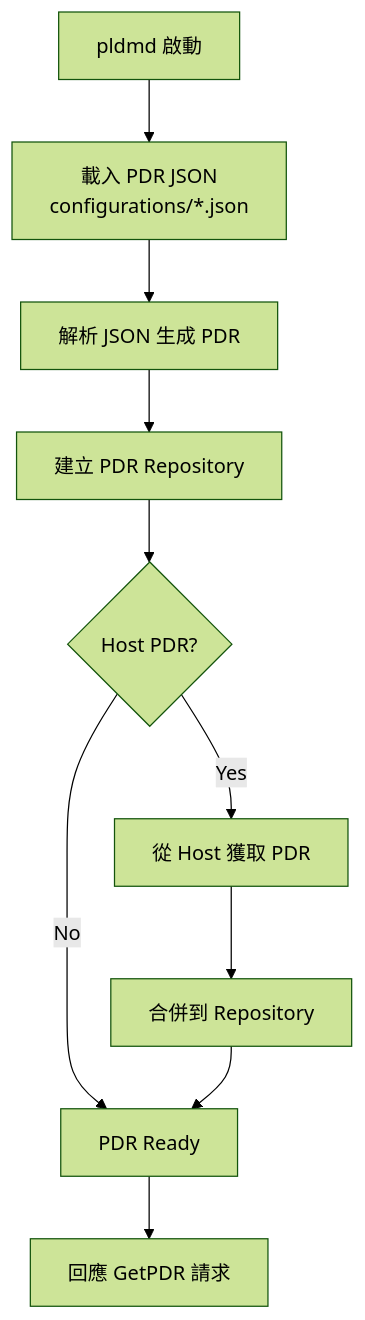
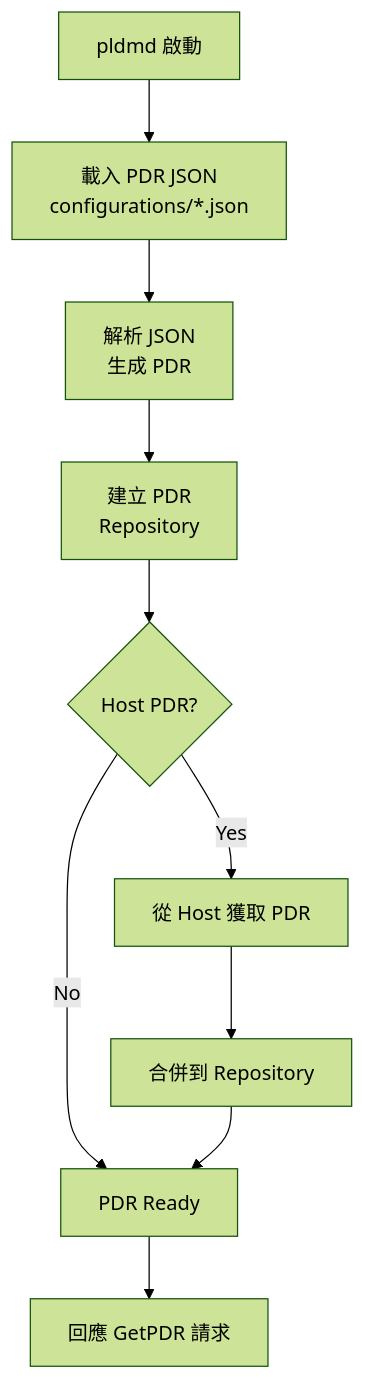
The third of 5 diagrams in pldm/CodeFlows.md (chilung-cgu/bmc-firmware-knowledge-base), drawn with Mermaid (forest theme) before and after one commit. The commit also changed other lines of this file and 18 other files, not shown here.

First line of the commit message:
docs(pldm): 批量優化 Mermaid 流程圖排版解決文字截斷問題

````diff
--- a/pldm/CodeFlows.md
+++ b/pldm/CodeFlows.md
@@ -288,15 +288,15 @@
 ```mermaid
 flowchart TD
     Start["pldmd 啟動"] --> LoadJSON["載入 PDR JSON<br/>configurations/*.json"]
-    LoadJSON --> ParsePDR["解析 JSON 生成 PDR"]
-    ParsePDR --> CreateRepo["建立 PDR Repository"]
+    LoadJSON --> ParsePDR["解析 JSON<br>生成 PDR"]
+    ParsePDR --> CreateRepo["建立 PDR<br>Repository"]
     CreateRepo --> HostPDR{"Host PDR?"}
 
     HostPDR -->|Yes| FetchHost["從 Host 獲取 PDR"]
     FetchHost --> MergeRepo["合併到 Repository"]
 
     HostPDR -->|No| Ready["PDR Ready"]
     MergeRepo --> Ready
 
     Ready --> Serve["回應 GetPDR 請求"]
 ```
````
